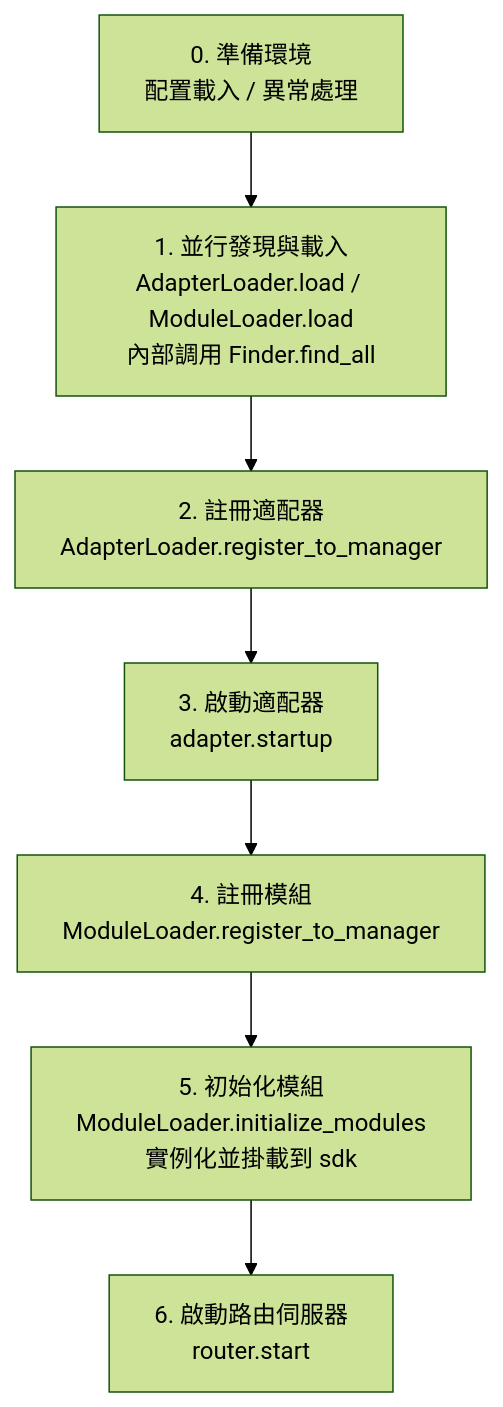
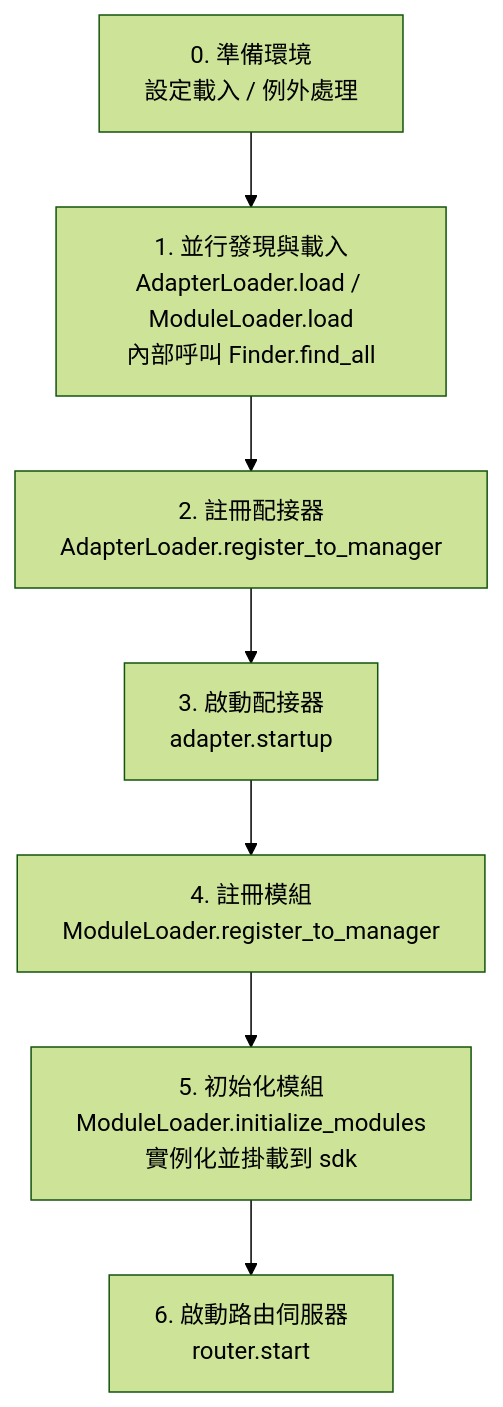
Before and after one commit to ErisPulse/ErisPulse: the diagram in docs/zh-TW/advanced/startup.md, drawn with Mermaid (forest theme). The commit also changed other lines of this file and 234 other files, not shown here.

````diff
--- a/docs/zh-TW/advanced/startup.md
+++ b/docs/zh-TW/advanced/startup.md
@@ -30,10 +31,10 @@
 ```mermaid
 flowchart TD
-    A[0. 準備環境<br/>配置載入 / 異常處理] --> B
-    B[1. 並行發現與載入<br/>AdapterLoader.load / ModuleLoader.load<br/>內部調用 Finder.find_all] --> C
-    C[2. 註冊適配器<br/>AdapterLoader.register_to_manager] --> D
-    D[3. 啟動適配器<br/>adapter.startup] --> E
+    A[0. 準備環境<br/>設定載入 / 例外處理] --> B
+    B[1. 並行發現與載入<br/>AdapterLoader.load / ModuleLoader.load<br/>內部呼叫 Finder.find_all] --> C
+    C[2. 註冊配接器<br/>AdapterLoader.register_to_manager] --> D
+    D[3. 啟動配接器<br/>adapter.startup] --> E
     E[4. 註冊模組<br/>ModuleLoader.register_to_manager] --> F
     F[5. 初始化模組<br/>ModuleLoader.initialize_modules<br/>實例化並掛載到 sdk] --> G
     G[6. 啟動路由伺服器<br/>router.start]
 ```
````
